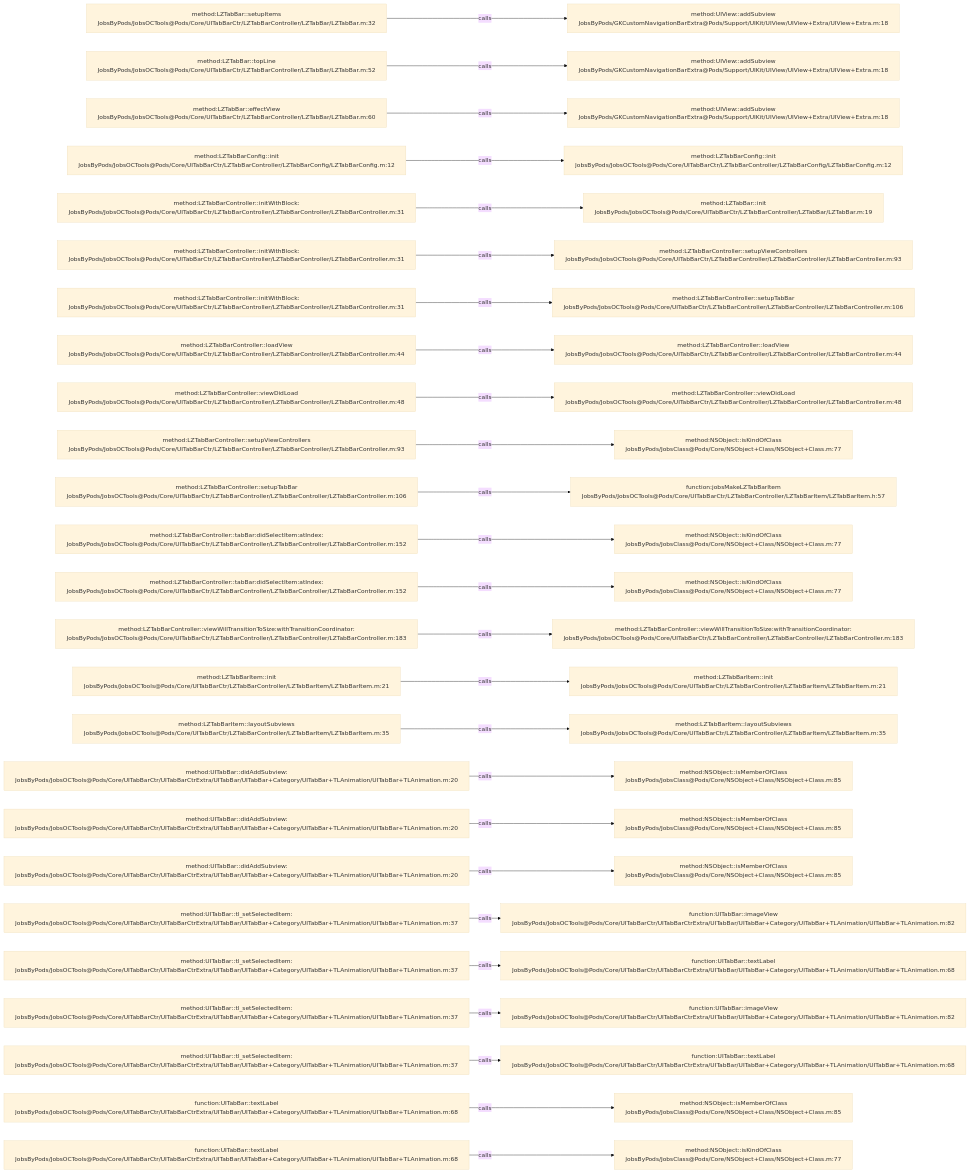
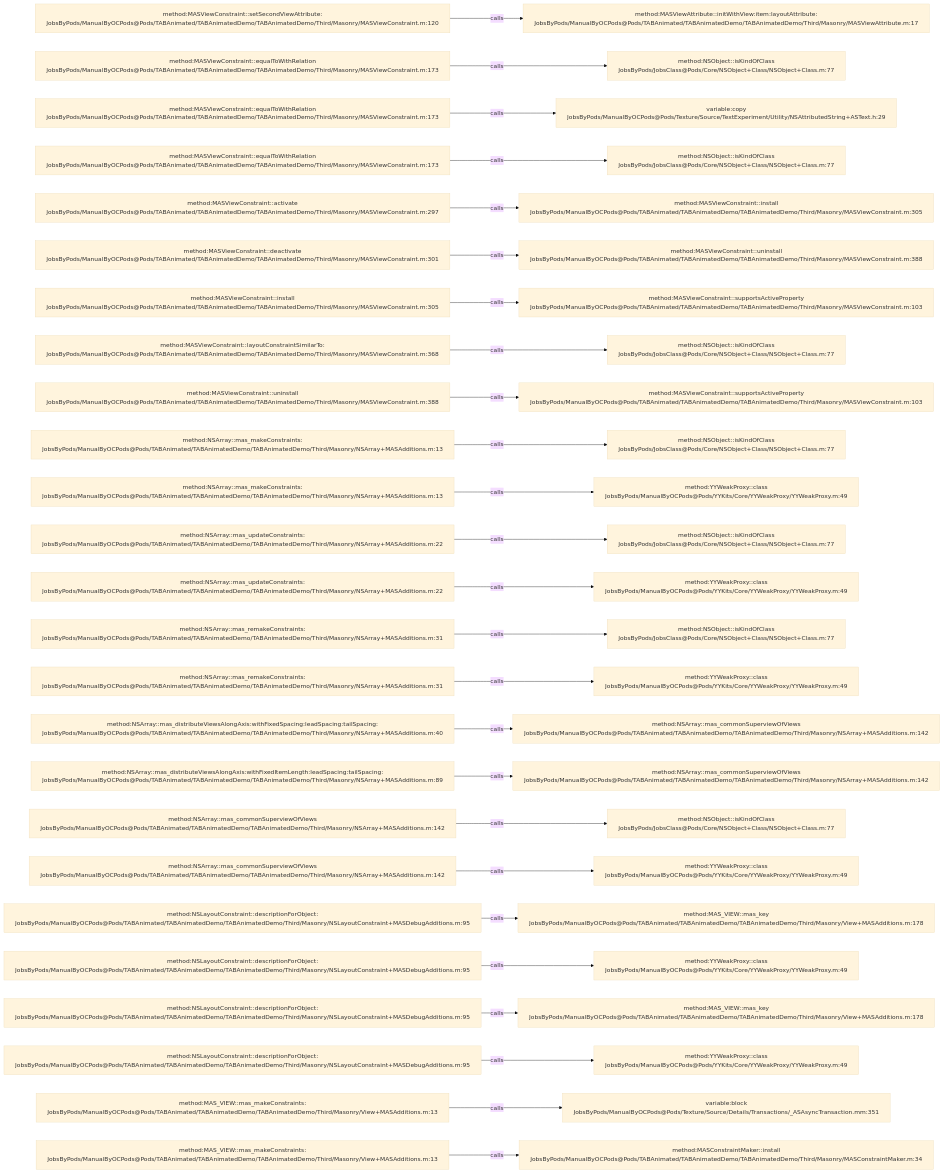
The diagram in .codegraph/codegraph.md/graphs/calls-151.md (JobsKits/JobsOCBaseConfigDemo), drawn with Mermaid (base theme) before and after one commit. The commit also changed 573 other files, not shown here.

````diff
--- a/.codegraph/codegraph.md/graphs/calls-151.md
+++ b/.codegraph/codegraph.md/graphs/calls-151.md
@@ -13,78 +13,78 @@
 ```mermaid
 flowchart LR
-  S1["method:LZTabBar::setupItems<br/>JobsByPods/JobsOCTools@Pods/Core/UITabBarCtr/LZTabBarController/LZTabBar/LZTabBar.m:32"]
-  T1["method:UIView::addSubview<br/>JobsByPods/GKCustomNavigationBarExtra@Pods/Support/UIKit/UIView/UIView+Extra/UIView+Extra.m:18"]
+  S1["method:MASViewConstraint::setSecondViewAttribute:<br/>JobsByPods/ManualByOCPods@Pods/TABAnimated/TABAnimatedDemo/TABAnimatedDemo/Third/Masonry/MASViewConstraint.m:120"]
+  T1["method:MASViewAttribute::initWithView:item:layoutAttribute:<br/>JobsByPods/ManualByOCPods@Pods/TABAnimated/TABAnimatedDemo/TABAnimatedDemo/Third/Masonry/MASViewAttribute.m:17"]
   S1 -->|calls| T1
-  S2["method:LZTabBar::topLine<br/>JobsByPods/JobsOCTools@Pods/Core/UITabBarCtr/LZTabBarController/LZTabBar/LZTabBar.m:52"]
-  T2["method:UIView::addSubview<br/>JobsByPods/GKCustomNavigationBarExtra@Pods/Support/UIKit/UIView/UIView+Extra/UIView+Extra.m:18"]
+  S2["method:MASViewConstraint::equalToWithRelation<br/>JobsByPods/ManualByOCPods@Pods/TABAnimated/TABAnimatedDemo/TABAnimatedDemo/Third/Masonry/MASViewConstraint.m:173"]
+  T2["method:NSObject::isKindOfClass<br/>JobsByPods/JobsClass@Pods/Core/NSObject+Class/NSObject+Class.m:77"]
   S2 -->|calls| T2
-  S3["method:LZTabBar::effectView<br/>JobsByPods/JobsOCTools@Pods/Core/UITabBarCtr/LZTabBarController/LZTabBar/LZTabBar.m:60"]
-  T3["method:UIView::addSubview<br/>JobsByPods/GKCustomNavigationBarExtra@Pods/Support/UIKit/UIView/UIView+Extra/UIView+Extra.m:18"]
+  S3["method:MASViewConstraint::equalToWithRelation<br/>JobsByPods/ManualByOCPods@Pods/TABAnimated/TABAnimatedDemo/TABAnimatedDemo/Third/Masonry/MASViewConstraint.m:173"]
+  T3["variable:copy<br/>JobsByPods/ManualByOCPods@Pods/Texture/Source/TextExperiment/Utility/NSAttributedString+ASText.h:29"]
   S3 -->|calls| T3
-  S4["method:LZTabBarConfig::init<br/>JobsByPods/JobsOCTools@Pods/Core/UITabBarCtr/LZTabBarController/LZTabBarConfig/LZTabBarConfig.m:12"]
-  T4["method:LZTabBarConfig::init<br/>JobsByPods/JobsOCTools@Pods/Core/UITabBarCtr/LZTabBarController/LZTabBarConfig/LZTabBarConfig.m:12"]
+  S4["method:MASViewConstraint::equalToWithRelation<br/>JobsByPods/ManualByOCPods@Pods/TABAnimated/TABAnimatedDemo/TABAnimatedDemo/Third/Masonry/MASViewConstraint.m:173"]
+  T4["method:NSObject::isKindOfClass<br/>JobsByPods/JobsClass@Pods/Core/NSObject+Class/NSObject+Class.m:77"]
   S4 -->|calls| T4
-  S5["method:LZTabBarController::initWithBlock:<br/>JobsByPods/JobsOCTools@Pods/Core/UITabBarCtr/LZTabBarController/LZTabBarController/LZTabBarController.m:31"]
-  T5["method:LZTabBar::init<br/>JobsByPods/JobsOCTools@Pods/Core/UITabBarCtr/LZTabBarController/LZTabBar/LZTabBar.m:19"]
+  S5["method:MASViewConstraint::activate<br/>JobsByPods/ManualByOCPods@Pods/TABAnimated/TABAnimatedDemo/TABAnimatedDemo/Third/Masonry/MASViewConstraint.m:297"]
+  T5["method:MASViewConstraint::install<br/>JobsByPods/ManualByOCPods@Pods/TABAnimated/TABAnimatedDemo/TABAnimatedDemo/Third/Masonry/MASViewConstraint.m:305"]
   S5 -->|calls| T5
-  S6["method:LZTabBarController::initWithBlock:<br/>JobsByPods/JobsOCTools@Pods/Core/UITabBarCtr/LZTabBarController/LZTabBarController/LZTabBarController.m:31"]
-  T6["method:LZTabBarController::setupViewControllers<br/>JobsByPods/JobsOCTools@Pods/Core/UITabBarCtr/LZTabBarController/LZTabBarController/LZTabBarController.m:93"]
+  S6["method:MASViewConstraint::deactivate<br/>JobsByPods/ManualByOCPods@Pods/TABAnimated/TABAnimatedDemo/TABAnimatedDemo/Third/Masonry/MASViewConstraint.m:301"]
+  T6["method:MASViewConstraint::uninstall<br/>JobsByPods/ManualByOCPods@Pods/TABAnimated/TABAnimatedDemo/TABAnimatedDemo/Third/Masonry/MASViewConstraint.m:388"]
   S6 -->|calls| T6
-  S7["method:LZTabBarController::initWithBlock:<br/>JobsByPods/JobsOCTools@Pods/Core/UITabBarCtr/LZTabBarController/LZTabBarController/LZTabBarController.m:31"]
-  T7["method:LZTabBarController::setupTabBar<br/>JobsByPods/JobsOCTools@Pods/Core/UITabBarCtr/LZTabBarController/LZTabBarController/LZTabBarController.m:106"]
+  S7["method:MASViewConstraint::install<br/>JobsByPods/ManualByOCPods@Pods/TABAnimated/TABAnimatedDemo/TABAnimatedDemo/Third/Masonry/MASViewConstraint.m:305"]
+  T7["method:MASViewConstraint::supportsActiveProperty<br/>JobsByPods/ManualByOCPods@Pods/TABAnimated/TABAnimatedDemo/TABAnimatedDemo/Third/Masonry/MASViewConstraint.m:103"]
   S7 -->|calls| T7
-  S8["method:LZTabBarController::loadView<br/>JobsByPods/JobsOCTools@Pods/Core/UITabBarCtr/LZTabBarController/LZTabBarController/LZTabBarController.m:44"]
-  T8["method:LZTabBarController::loadView<br/>JobsByPods/JobsOCTools@Pods/Core/UITabBarCtr/LZTabBarController/LZTabBarController/LZTabBarController.m:44"]
+  S8["method:MASViewConstraint::layoutConstraintSimilarTo:<br/>JobsByPods/ManualByOCPods@Pods/TABAnimated/TABAnimatedDemo/TABAnimatedDemo/Third/Masonry/MASViewConstraint.m:368"]
+  T8["method:NSObject::isKindOfClass<br/>JobsByPods/JobsClass@Pods/Core/NSObject+Class/NSObject+Class.m:77"]
   S8 -->|calls| T8
-  S9["method:LZTabBarController::viewDidLoad<br/>JobsByPods/JobsOCTools@Pods/Core/UITabBarCtr/LZTabBarController/LZTabBarController/LZTabBarController.m:48"]
-  T9["method:LZTabBarController::viewDidLoad<br/>JobsByPods/JobsOCTools@Pods/Core/UITabBarCtr/LZTabBarController/LZTabBarController/LZTabBarController.m:48"]
+  S9["method:MASViewConstraint::uninstall<br/>JobsByPods/ManualByOCPods@Pods/TABAnimated/TABAnimatedDemo/TABAnimatedDemo/Third/Masonry/MASViewConstraint.m:388"]
+  T9["method:MASViewConstraint::supportsActiveProperty<br/>JobsByPods/ManualByOCPods@Pods/TABAnimated/TABAnimatedDemo/TABAnimatedDemo/Third/Masonry/MASViewConstraint.m:103"]
   S9 -->|calls| T9
-  S10["method:LZTabBarController::setupViewControllers<br/>JobsByPods/JobsOCTools@Pods/Core/UITabBarCtr/LZTabBarController/LZTabBarController/LZTabBarController.m:93"]
+  S10["method:NSArray::mas_makeConstraints:<br/>JobsByPods/ManualByOCPods@Pods/TABAnimated/TABAnimatedDemo/TABAnimatedDemo/Third/Masonry/NSArray+MASAdditions.m:13"]
   T10["method:NSObject::isKindOfClass<br/>JobsByPods/JobsClass@Pods/Core/NSObject+Class/NSObject+Class.m:77"]
   S10 -->|calls| T10
-  S11["method:LZTabBarController::setupTabBar<br/>JobsByPods/JobsOCTools@Pods/Core/UITabBarCtr/LZTabBarController/LZTabBarController/LZTabBarController.m:106"]
-  T11["function:jobsMakeLZTabBarItem<br/>JobsByPods/JobsOCTools@Pods/Core/UITabBarCtr/LZTabBarController/LZTabBarItem/LZTabBarItem.h:57"]
+  S11["method:NSArray::mas_makeConstraints:<br/>JobsByPods/ManualByOCPods@Pods/TABAnimated/TABAnimatedDemo/TABAnimatedDemo/Third/Masonry/NSArray+MASAdditions.m:13"]
+  T11["method:YYWeakProxy::class<br/>JobsByPods/ManualByOCPods@Pods/YYKits/Core/YYWeakProxy/YYWeakProxy.m:49"]
   S11 -->|calls| T11
-  S12["method:LZTabBarController::tabBar:didSelectItem:atIndex:<br/>JobsByPods/JobsOCTools@Pods/Core/UITabBarCtr/LZTabBarController/LZTabBarController/LZTabBarController.m:152"]
+  S12["method:NSArray::mas_updateConstraints:<br/>JobsByPods/ManualByOCPods@Pods/TABAnimated/TABAnimatedDemo/TABAnimatedDemo/Third/Masonry/NSArray+MASAdditions.m:22"]
   T12["method:NSObject::isKindOfClass<br/>JobsByPods/JobsClass@Pods/Core/NSObject+Class/NSObject+Class.m:77"]
   S12 -->|calls| T12
-  S13["method:LZTabBarController::tabBar:didSelectItem:atIndex:<br/>JobsByPods/JobsOCTools@Pods/Core/UITabBarCtr/LZTabBarController/LZTabBarController/LZTabBarController.m:152"]
-  T13["method:NSObject::isKindOfClass<br/>JobsByPods/JobsClass@Pods/Core/NSObject+Class/NSObject+Class.m:77"]
+  S13["method:NSArray::mas_updateConstraints:<br/>JobsByPods/ManualByOCPods@Pods/TABAnimated/TABAnimatedDemo/TABAnimatedDemo/Third/Masonry/NSArray+MASAdditions.m:22"]
+  T13["method:YYWeakProxy::class<br/>JobsByPods/ManualByOCPods@Pods/YYKits/Core/YYWeakProxy/YYWeakProxy.m:49"]
   S13 -->|calls| T13
-  S14["method:LZTabBarController::viewWillTransitionToSize:withTransitionCoordinator:<br/>JobsByPods/JobsOCTools@Pods/Core/UITabBarCtr/LZTabBarController/LZTabBarController/LZTabBarController.m:183"]
-  T14["method:LZTabBarController::viewWillTransitionToSize:withTransitionCoordinator:<br/>JobsByPods/JobsOCTools@Pods/Core/UITabBarCtr/LZTabBarController/LZTabBarController/LZTabBarController.m:183"]
+  S14["method:NSArray::mas_remakeConstraints:<br/>JobsByPods/ManualByOCPods@Pods/TABAnimated/TABAnimatedDemo/TABAnimatedDemo/Third/Masonry/NSArray+MASAdditions.m:31"]
+  T14["method:NSObject::isKindOfClass<br/>JobsByPods/JobsClass@Pods/Core/NSObject+Class/NSObject+Class.m:77"]
   S14 -->|calls| T14
-  S15["method:LZTabBarItem::init<br/>JobsByPods/JobsOCTools@Pods/Core/UITabBarCtr/LZTabBarController/LZTabBarItem/LZTabBarItem.m:21"]
-  T15["method:LZTabBarItem::init<br/>JobsByPods/JobsOCTools@Pods/Core/UITabBarCtr/LZTabBarController/LZTabBarItem/LZTabBarItem.m:21"]
+  S15["method:NSArray::mas_remakeConstraints:<br/>JobsByPods/ManualByOCPods@Pods/TABAnimated/TABAnimatedDemo/TABAnimatedDemo/Third/Masonry/NSArray+MASAdditions.m:31"]
+  T15["method:YYWeakProxy::class<br/>JobsByPods/ManualByOCPods@Pods/YYKits/Core/YYWeakProxy/YYWeakProxy.m:49"]
   S15 -->|calls| T15
-  S16["method:LZTabBarItem::layoutSubviews<br/>JobsByPods/JobsOCTools@Pods/Core/UITabBarCtr/LZTabBarController/LZTabBarItem/LZTabBarItem.m:35"]
-  T16["method:LZTabBarItem::layoutSubviews<br/>JobsByPods/JobsOCTools@Pods/Core/UITabBarCtr/LZTabBarController/LZTabBarItem/LZTabBarItem.m:35"]
+  S16["method:NSArray::mas_distributeViewsAlongAxis:withFixedSpacing:leadSpacing:tailSpacing:<br/>JobsByPods/ManualByOCPods@Pods/TABAnimated/TABAnimatedDemo/TABAnimatedDemo/Third/Masonry/NSArray+MASAdditions.m:40"]
+  T16["method:NSArray::mas_commonSuperviewOfViews<br/>JobsByPods/ManualByOCPods@Pods/TABAnimated/TABAnimatedDemo/TABAnimatedDemo/Third/Masonry/NSArray+MASAdditions.m:142"]
   S16 -->|calls| T16
-  S17["method:UITabBar::didAddSubview:<br/>JobsByPods/JobsOCTools@Pods/Core/UITabBarCtr/UITabBarCtrExtra/UITabBar/UITabBar+Category/UITabBar+TLAnimation/UITabBar+TLAnimation.m:20"]
-  T17["method:NSObject::isMemberOfClass<br/>JobsByPods/JobsClass@Pods/Core/NSObject+Class/NSObject+Class.m:85"]
+  S17["method:NSArray::mas_distributeViewsAlongAxis:withFixedItemLength:leadSpacing:tailSpacing:<br/>JobsByPods/ManualByOCPods@Pods/TABAnimated/TABAnimatedDemo/TABAnimatedDemo/Third/Masonry/NSArray+MASAdditions.m:89"]
+  T17["method:NSArray::mas_commonSuperviewOfViews<br/>JobsByPods/ManualByOCPods@Pods/TABAnimated/TABAnimatedDemo/TABAnimatedDemo/Third/Masonry/NSArray+MASAdditions.m:142"]
   S17 -->|calls| T17
-  S18["method:UITabBar::didAddSubview:<br/>JobsByPods/JobsOCTools@Pods/Core/UITabBarCtr/UITabBarCtrExtra/UITabBar/UITabBar+Category/UITabBar+TLAnimation/UITabBar+TLAnimation.m:20"]
-  T18["method:NSObject::isMemberOfClass<br/>JobsByPods/JobsClass@Pods/Core/NSObject+Class/NSObject+Class.m:85"]
+  S18["method:NSArray::mas_commonSuperviewOfViews<br/>JobsByPods/ManualByOCPods@Pods/TABAnimated/TABAnimatedDemo/TABAnimatedDemo/Third/Masonry/NSArray+MASAdditions.m:142"]
+  T18["method:NSObject::isKindOfClass<br/>JobsByPods/JobsClass@Pods/Core/NSObject+Class/NSObject+Class.m:77"]
   S18 -->|calls| T18
-  S19["method:UITabBar::didAddSubview:<br/>JobsByPods/JobsOCTools@Pods/Core/UITabBarCtr/UITabBarCtrExtra/UITabBar/UITabBar+Category/UITabBar+TLAnimation/UITabBar+TLAnimation.m:20"]
-  T19["method:NSObject::isMemberOfClass<br/>JobsByPods/JobsClass@Pods/Core/NSObject+Class/NSObject+Class.m:85"]
+  S19["method:NSArray::mas_commonSuperviewOfViews<br/>JobsByPods/ManualByOCPods@Pods/TABAnimated/TABAnimatedDemo/TABAnimatedDemo/Third/Masonry/NSArray+MASAdditions.m:142"]
+  T19["method:YYWeakProxy::class<br/>JobsByPods/ManualByOCPods@Pods/YYKits/Core/YYWeakProxy/YYWeakProxy.m:49"]
   S19 -->|calls| T19
-  S20["method:UITabBar::tl_setSelectedItem:<br/>JobsByPods/JobsOCTools@Pods/Core/UITabBarCtr/UITabBarCtrExtra/UITabBar/UITabBar+Category/UITabBar+TLAnimation/UITabBar+TLAnimation.m:37"]
-  T20["function:UITabBar::imageView<br/>JobsByPods/JobsOCTools@Pods/Core/UITabBarCtr/UITabBarCtrExtra/UITabBar/UITabBar+Category/UITabBar+TLAnimation/UITabBar+TLAnimation.m:82"]
+  S20["method:NSLayoutConstraint::descriptionForObject:<br/>JobsByPods/ManualByOCPods@Pods/TABAnimated/TABAnimatedDemo/TABAnimatedDemo/Third/Masonry/NSLayoutConstraint+MASDebugAdditions.m:95"]
+  T20["method:MAS_VIEW::mas_key<br/>JobsByPods/ManualByOCPods@Pods/TABAnimated/TABAnimatedDemo/TABAnimatedDemo/Third/Masonry/View+MASAdditions.m:178"]
   S20 -->|calls| T20
-  S21["method:UITabBar::tl_setSelectedItem:<br/>JobsByPods/JobsOCTools@Pods/Core/UITabBarCtr/UITabBarCtrExtra/UITabBar/UITabBar+Category/UITabBar+TLAnimation/UITabBar+TLAnimation.m:37"]
-  T21["function:UITabBar::textLabel<br/>JobsByPods/JobsOCTools@Pods/Core/UITabBarCtr/UITabBarCtrExtra/UITabBar/UITabBar+Category/UITabBar+TLAnimation/UITabBar+TLAnimation.m:68"]
+  S21["method:NSLayoutConstraint::descriptionForObject:<br/>JobsByPods/ManualByOCPods@Pods/TABAnimated/TABAnimatedDemo/TABAnimatedDemo/Third/Masonry/NSLayoutConstraint+MASDebugAdditions.m:95"]
+  T21["method:YYWeakProxy::class<br/>JobsByPods/ManualByOCPods@Pods/YYKits/Core/YYWeakProxy/YYWeakProxy.m:49"]
   S21 -->|calls| T21
-  S22["method:UITabBar::tl_setSelectedItem:<br/>JobsByPods/JobsOCTools@Pods/Core/UITabBarCtr/UITabBarCtrExtra/UITabBar/UITabBar+Category/UITabBar+TLAnimation/UITabBar+TLAnimation.m:37"]
-  T22["function:UITabBar::imageView<br/>JobsByPods/JobsOCTools@Pods/Core/UITabBarCtr/UITabBarCtrExtra/UITabBar/UITabBar+Category/UITabBar+TLAnimation/UITabBar+TLAnimation.m:82"]
+  S22["method:NSLayoutConstraint::descriptionForObject:<br/>JobsByPods/ManualByOCPods@Pods/TABAnimated/TABAnimatedDemo/TABAnimatedDemo/Third/Masonry/NSLayoutConstraint+MASDebugAdditions.m:95"]
+  T22["method:MAS_VIEW::mas_key<br/>JobsByPods/ManualByOCPods@Pods/TABAnimated/TABAnimatedDemo/TABAnimatedDemo/Third/Masonry/View+MASAdditions.m:178"]
   S22 -->|calls| T22
-  S23["method:UITabBar::tl_setSelectedItem:<br/>JobsByPods/JobsOCTools@Pods/Core/UITabBarCtr/UITabBarCtrExtra/UITabBar/UITabBar+Category/UITabBar+TLAnimation/UITabBar+TLAnimation.m:37"]
-  T23["function:UITabBar::textLabel<br/>JobsByPods/JobsOCTools@Pods/Core/UITabBarCtr/UITabBarCtrExtra/UITabBar/UITabBar+Category/UITabBar+TLAnimation/UITabBar+TLAnimation.m:68"]
+  S23["method:NSLayoutConstraint::descriptionForObject:<br/>JobsByPods/ManualByOCPods@Pods/TABAnimated/TABAnimatedDemo/TABAnimatedDemo/Third/Masonry/NSLayoutConstraint+MASDebugAdditions.m:95"]
+  T23["method:YYWeakProxy::class<br/>JobsByPods/ManualByOCPods@Pods/YYKits/Core/YYWeakProxy/YYWeakProxy.m:49"]
   S23 -->|calls| T23
-  S24["function:UITabBar::textLabel<br/>JobsByPods/JobsOCTools@Pods/Core/UITabBarCtr/UITabBarCtrExtra/UITabBar/UITabBar+Category/UITabBar+TLAnimation/UITabBar+TLAnimation.m:68"]
-  T24["method:NSObject::isMemberOfClass<br/>JobsByPods/JobsClass@Pods/Core/NSObject+Class/NSObject+Class.m:85"]
+  S24["method:MAS_VIEW::mas_makeConstraints:<br/>JobsByPods/ManualByOCPods@Pods/TABAnimated/TABAnimatedDemo/TABAnimatedDemo/Third/Masonry/View+MASAdditions.m:13"]
+  T24["variable:block<br/>JobsByPods/ManualByOCPods@Pods/Texture/Source/Details/Transactions/_ASAsyncTransaction.mm:351"]
   S24 -->|calls| T24
-  S25["function:UITabBar::textLabel<br/>JobsByPods/JobsOCTools@Pods/Core/UITabBarCtr/UITabBarCtrExtra/UITabBar/UITabBar+Category/UITabBar+TLAnimation/UITabBar+TLAnimation.m:68"]
-  T25["method:NSObject::isKindOfClass<br/>JobsByPods/JobsClass@Pods/Core/NSObject+Class/NSObject+Class.m:77"]
+  S25["method:MAS_VIEW::mas_makeConstraints:<br/>JobsByPods/ManualByOCPods@Pods/TABAnimated/TABAnimatedDemo/TABAnimatedDemo/Third/Masonry/View+MASAdditions.m:13"]
+  T25["method:MASConstraintMaker::install<br/>JobsByPods/ManualByOCPods@Pods/TABAnimated/TABAnimatedDemo/TABAnimatedDemo/Third/Masonry/MASConstraintMaker.m:34"]
   S25 -->|calls| T25
 ```
````
